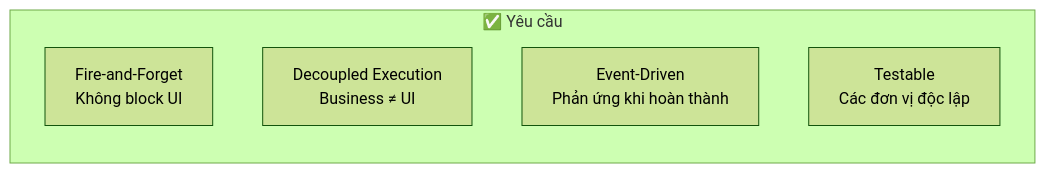
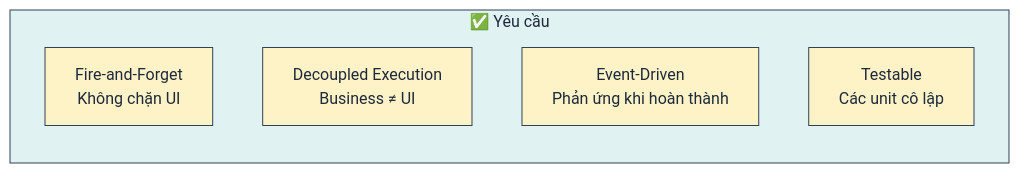
Before and after one commit to lploc94/flutter_orchestrator: the sixth of 6 diagrams in book/vi/chapters/01_the_pain.md, drawn with Mermaid (forest theme). The commit also changed other lines of this file and 3 other files, not shown here.

````diff
--- a/book/vi/chapters/01_the_pain.md
+++ b/book/vi/chapters/01_the_pain.md
@@ -209,9 +244,15 @@
 ```mermaid
 graph LR
     subgraph Requirements["✅ Yêu cầu"]
-        R1["Fire-and-Forget<br/>Không block UI"]
+        R1["Fire-and-Forget<br/>Không chặn UI"]
         R2["Decoupled Execution<br/>Business ≠ UI"]
         R3["Event-Driven<br/>Phản ứng khi hoàn thành"]
-        R4["Testable<br/>Các đơn vị độc lập"]
+        R4["Testable<br/>Các unit cô lập"]
     end
+    
+    style Requirements fill:#e0f2f1,stroke:#334155,color:#1e293b
+    style R1 fill:#fef3c7,stroke:#334155,color:#1e293b
+    style R2 fill:#fef3c7,stroke:#334155,color:#1e293b
+    style R3 fill:#fef3c7,stroke:#334155,color:#1e293b
+    style R4 fill:#fef3c7,stroke:#334155,color:#1e293b
 ```
````
